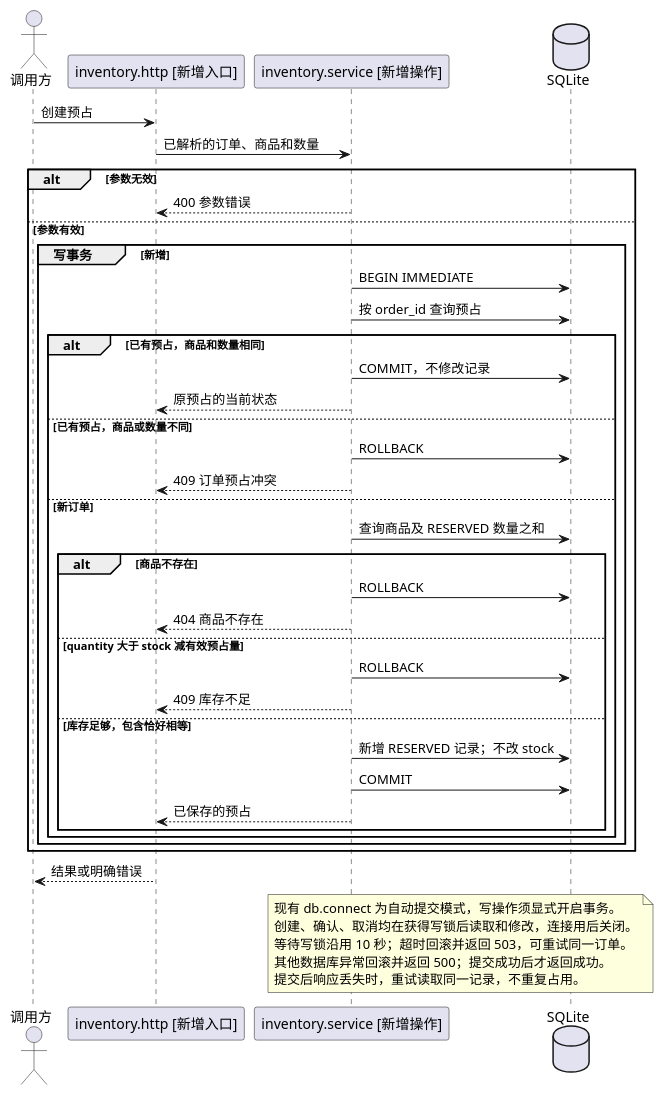
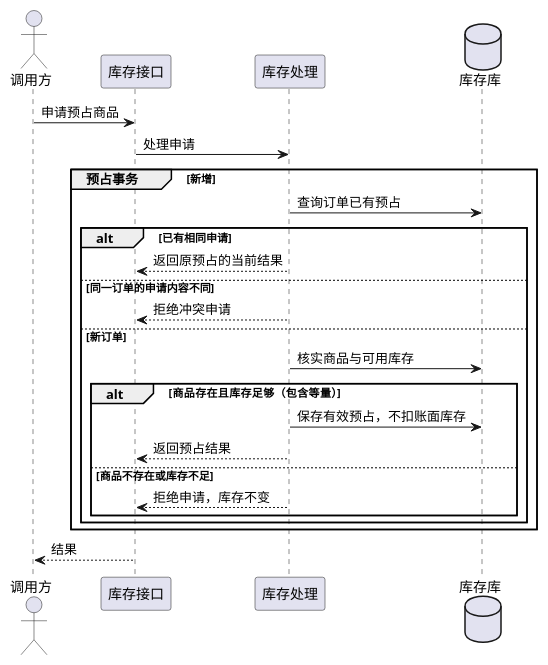
The second of 2 diagrams in keel-test/.keel/plans/inventory-reservations.features/reserve-stock.md (Leeycw96/harness-project), drawn with PlantUML before and after one commit. The commit also changed other lines of this file and 15 other files, not shown here.

Commit message:
spec: 精简验收报告与业务图表表达

````diff
--- a/keel-test/.keel/plans/inventory-reservations.features/reserve-stock.md
+++ b/keel-test/.keel/plans/inventory-reservations.features/reserve-stock.md
@@ -41,46 +41,27 @@
 ```plantuml
 @startuml
 actor 调用方 as Caller
-participant "inventory.http [新增入口]" as API
-participant "inventory.service [新增操作]" as Service
-database SQLite as DB
-Caller -> API : 创建预占
-API -> Service : 已解析的订单、商品和数量
-alt 参数无效
-  Service --> API : 400 参数错误
-else 参数有效
-  group 写事务 [新增]
-    Service -> DB : BEGIN IMMEDIATE
-    Service -> DB : 按 order_id 查询预占
-    alt 已有预占，商品和数量相同
-      Service -> DB : COMMIT，不修改记录
-      Service --> API : 原预占的当前状态
-    else 已有预占，商品或数量不同
-      Service -> DB : ROLLBACK
-      Service --> API : 409 订单预占冲突
-    else 新订单
-      Service -> DB : 查询商品及 RESERVED 数量之和
-      alt 商品不存在
-        Service -> DB : ROLLBACK
-        Service --> API : 404 商品不存在
-      else quantity 大于 stock 减有效预占量
-        Service -> DB : ROLLBACK
-        Service --> API : 409 库存不足
-      else 库存足够，包含恰好相等
-        Service -> DB : 新增 RESERVED 记录；不改 stock
-        Service -> DB : COMMIT
-        Service --> API : 已保存的预占
-      end
+participant 库存接口 as API
+participant 库存处理 as Service
+database 库存库 as DB
+Caller -> API : 申请预占商品
+API -> Service : 处理申请
+group 预占事务 [新增]
+  Service -> DB : 查询订单已有预占
+  alt 已有相同申请
+    Service --> API : 返回原预占的当前结果
+  else 同一订单的申请内容不同
+    Service --> API : 拒绝冲突申请
+  else 新订单
+    Service -> DB : 核实商品与可用库存
+    alt 商品存在且库存足够（包含等量）
+      Service -> DB : 保存有效预占，不扣账面库存
+      Service --> API : 返回预占结果
+    else 商品不存在或库存不足
+      Service --> API : 拒绝申请，库存不变
     end
   end
 end
-API --> Caller : 结果或明确错误
-note over Service,DB
-现有 db.connect 为自动提交模式，写操作须显式开启事务。
-创建、确认、取消均在获得写锁后读取和修改，连接用后关闭。
-等待写锁沿用 10 秒；超时回滚并返回 503，可重试同一订单。
-其他数据库异常回滚并返回 500；提交成功后才返回成功。
-提交后响应丢失时，重试读取同一记录，不重复占用。
-end note
+API --> Caller : 结果
 @enduml
 ```
````
